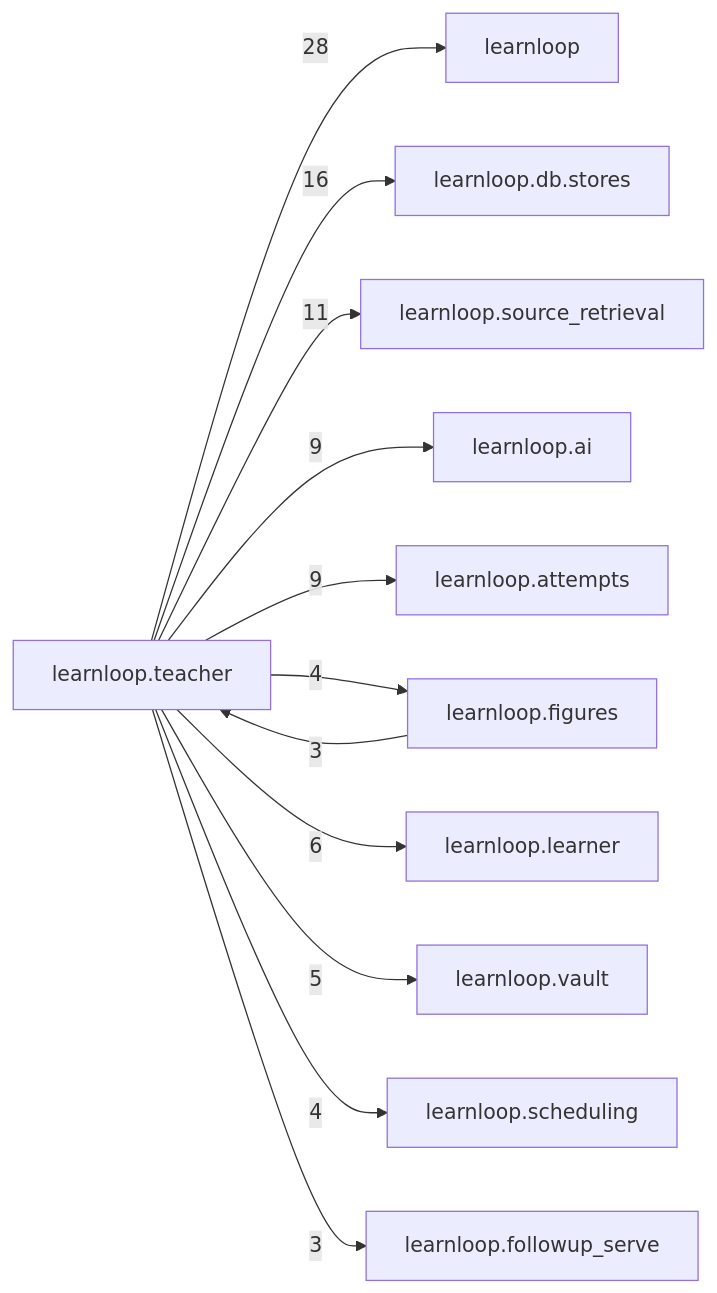
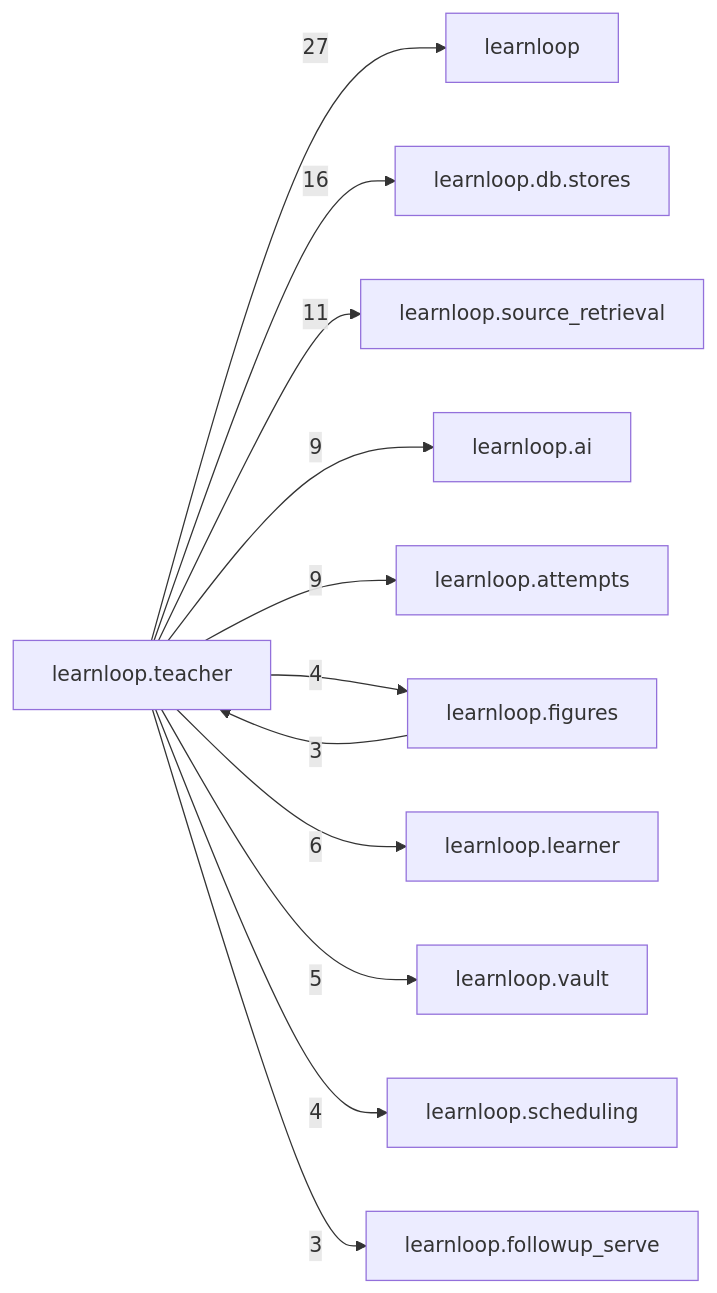
The diagram in docs/learnloop-architecture-vault/Reference/Modules/learnloop/teacher/_package.md (6up-b/learnanything), drawn with Mermaid before and after one commit. The commit also changed other lines of this file and 258 other files, not shown here.

````diff
--- a/docs/learnloop-architecture-vault/Reference/Modules/learnloop/teacher/_package.md
+++ b/docs/learnloop-architecture-vault/Reference/Modules/learnloop/teacher/_package.md
@@ -122,25 +122,25 @@
 ```mermaid
 flowchart LR
     center["learnloop.teacher"]
     n_learnloop["learnloop"]
     n_learnloop_db_stores["learnloop.db.stores"]
     n_learnloop_source_retrieval["learnloop.source_retrieval"]
     n_learnloop_ai["learnloop.ai"]
     n_learnloop_attempts["learnloop.attempts"]
     n_learnloop_figures["learnloop.figures"]
     n_learnloop_learner["learnloop.learner"]
     n_learnloop_vault["learnloop.vault"]
     n_learnloop_scheduling["learnloop.scheduling"]
     n_learnloop_followup_serve["learnloop.followup_serve"]
-    center -->|28| n_learnloop
+    center -->|27| n_learnloop
     center -->|16| n_learnloop_db_stores
     center -->|11| n_learnloop_source_retrieval
     center -->|9| n_learnloop_ai
     center -->|9| n_learnloop_attempts
     n_learnloop_figures -->|3| center
     center -->|4| n_learnloop_figures
     center -->|6| n_learnloop_learner
     center -->|5| n_learnloop_vault
     center -->|4| n_learnloop_scheduling
     center -->|3| n_learnloop_followup_serve
 ```
````
